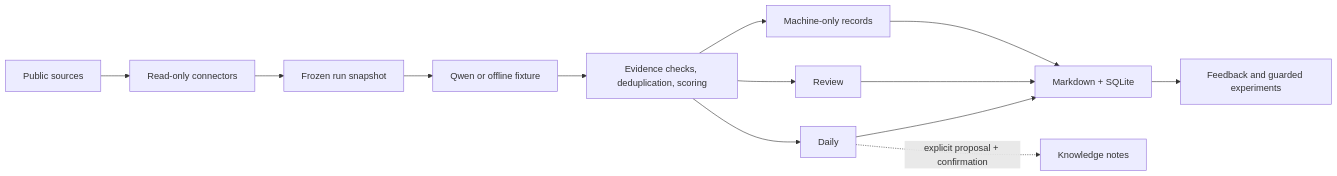
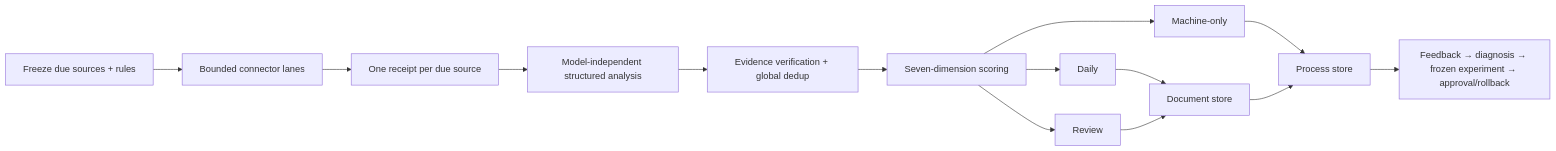
One commit to RacYang/briefwright changed the diagram in README.md. Above: the diagram before and after it, drawn with Mermaid. The commit also changed other lines of this file and 111 other files, not shown here.

````diff
--- a/README.md
+++ b/README.md
@@ -116,15 +108,16 @@
 ```mermaid
 flowchart LR
-  A["Public sources"] --> B["Read-only connectors"]
-  B --> C["Frozen run snapshot"]
-  C --> D["Qwen or offline fixture"]
-  D --> E["Evidence checks, deduplication, scoring"]
-  E --> F["Daily"]
-  E --> G["Review"]
-  E --> H["Machine-only records"]
-  F --> I["Markdown + SQLite"]
-  G --> I
-  H --> I
-  I --> J["Feedback and guarded experiments"]
-  F -. "explicit proposal + confirmation" .-> K["Knowledge notes"]
+  A["Freeze due sources + rules"] --> B["Bounded connector lanes"]
+  B --> C["One receipt per due source"]
+  C --> D["Model-independent structured analysis"]
+  D --> E["Evidence verification + global dedup"]
+  E --> F["Seven-dimension scoring"]
+  F --> G["Daily"]
+  F --> H["Review"]
+  F --> I["Machine-only"]
+  G --> J["Document store"]
+  H --> J
+  I --> K["Process store"]
+  J --> K
+  K --> L["Feedback → diagnosis → frozen experiment → approval/rollback"]
 ```
````
